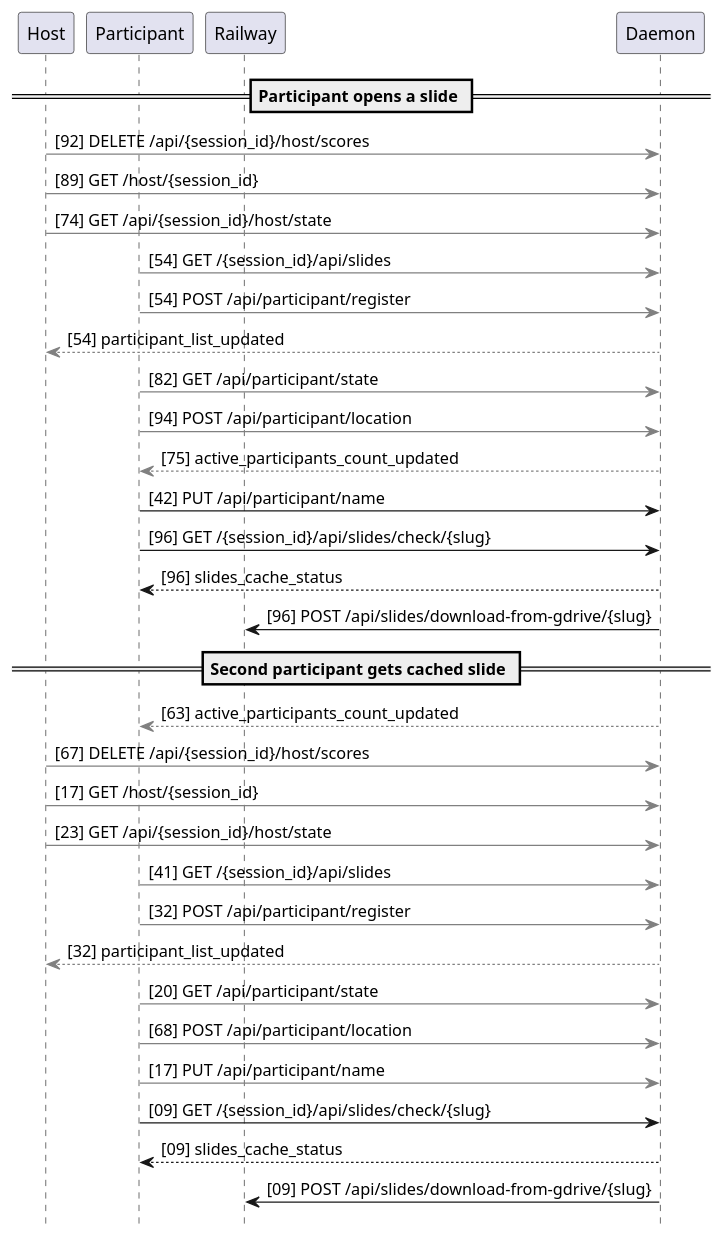
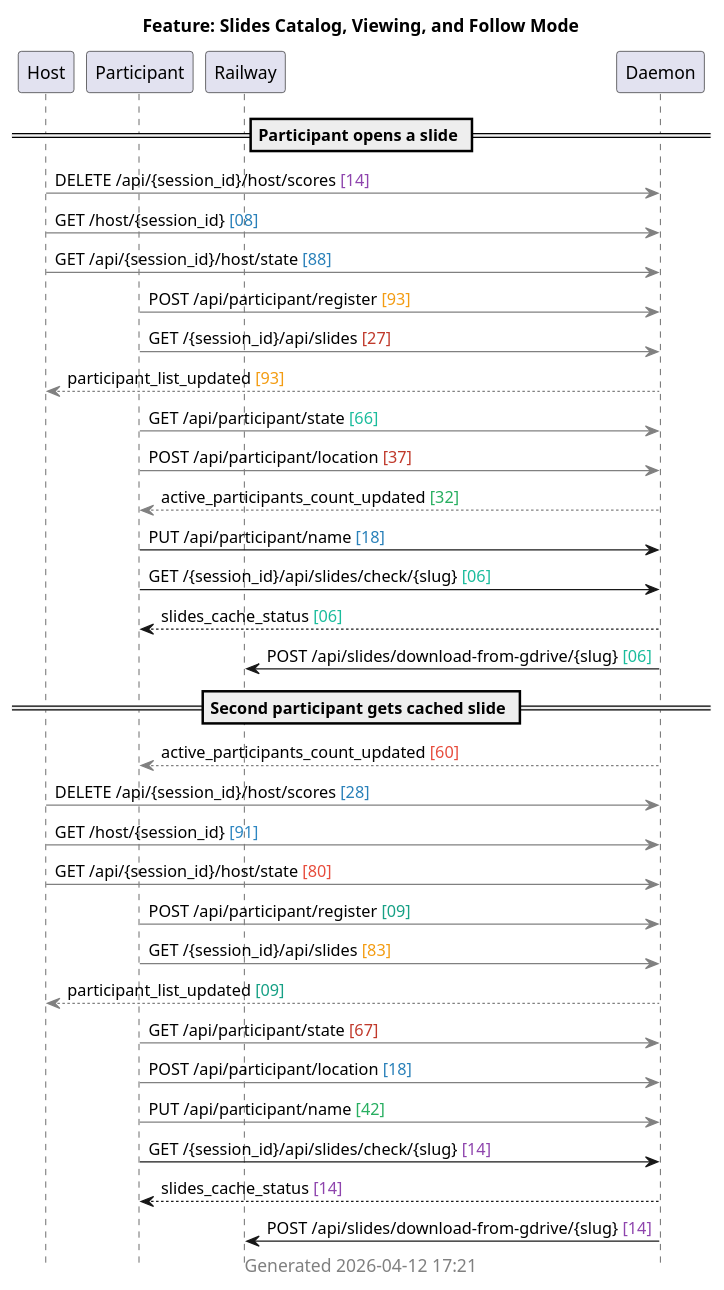
The diagram in docs/sequences/extracted/06-slides.puml (victorrentea/training-assistant), drawn with PlantUML before and after one commit. The commit also changed 1 other file, not shown here.

Commit message:
docs: regenerated slides sequence with colored trace hashes and local timestamp

```diff
--- a/docs/sequences/extracted/06-slides.puml
+++ b/docs/sequences/extracted/06-slides.puml
@@ -1,40 +1,42 @@
 @startuml
 hide footbox
+title Feature: Slides Catalog, Viewing, and Follow Mode
+caption <color:gray>Generated 2026-04-12 17:21</color>
 
 participant "Host"
 participant "Participant"
 participant "Railway"
 participant "Daemon"
 
 == Participant opens a slide ==
-"Host" [#gray]-> "Daemon": [92] DELETE /api/{session_id}/host/scores
-"Host" [#gray]-> "Daemon": [89] GET /host/{session_id}
-"Host" [#gray]-> "Daemon": [74] GET /api/{session_id}/host/state
-"Participant" [#gray]-> "Daemon": [54] GET /{session_id}/api/slides
-"Participant" [#gray]-> "Daemon": [54] POST /api/participant/register
-"Daemon" [#gray]--> "Host": [54] participant_list_updated
-"Participant" [#gray]-> "Daemon": [82] GET /api/participant/state
-"Participant" [#gray]-> "Daemon": [94] POST /api/participant/location
-"Daemon" [#gray]--> "Participant": [75] active_participants_count_updated
-"Participant" -> "Daemon": [42] PUT /api/participant/name
-"Participant" -> "Daemon": [96] GET /{session_id}/api/slides/check/{slug}
-"Daemon" --> "Participant": [96] slides_cache_status
-"Daemon" -> "Railway": [96] POST /api/slides/download-from-gdrive/{slug}
+"Host" [#gray]-> "Daemon": DELETE /api/{session_id}/host/scores <color:#8E44AD>[14]</color>
+"Host" [#gray]-> "Daemon": GET /host/{session_id} <color:#2980B9>[08]</color>
+"Host" [#gray]-> "Daemon": GET /api/{session_id}/host/state <color:#2980B9>[88]</color>
+"Participant" [#gray]-> "Daemon": POST /api/participant/register <color:#F39C12>[93]</color>
+"Participant" [#gray]-> "Daemon": GET /{session_id}/api/slides <color:#C0392B>[27]</color>
+"Daemon" [#gray]--> "Host": participant_list_updated <color:#F39C12>[93]</color>
+"Participant" [#gray]-> "Daemon": GET /api/participant/state <color:#1ABC9C>[66]</color>
+"Participant" [#gray]-> "Daemon": POST /api/participant/location <color:#C0392B>[37]</color>
+"Daemon" [#gray]--> "Participant": active_participants_count_updated <color:#27AE60>[32]</color>
+"Participant" -> "Daemon": PUT /api/participant/name <color:#2980B9>[18]</color>
+"Participant" -> "Daemon": GET /{session_id}/api/slides/check/{slug} <color:#1ABC9C>[06]</color>
+"Daemon" --> "Participant": slides_cache_status <color:#1ABC9C>[06]</color>
+"Daemon" -> "Railway": POST /api/slides/download-from-gdrive/{slug} <color:#1ABC9C>[06]</color>
 
 == Second participant gets cached slide ==
-"Daemon" [#gray]--> "Participant": [63] active_participants_count_updated
-"Host" [#gray]-> "Daemon": [67] DELETE /api/{session_id}/host/scores
-"Host" [#gray]-> "Daemon": [17] GET /host/{session_id}
-"Host" [#gray]-> "Daemon": [23] GET /api/{session_id}/host/state
-"Participant" [#gray]-> "Daemon": [41] GET /{session_id}/api/slides
-"Participant" [#gray]-> "Daemon": [32] POST /api/participant/register
-"Daemon" [#gray]--> "Host": [32] participant_list_updated
-"Participant" [#gray]-> "Daemon": [20] GET /api/participant/state
-"Participant" [#gray]-> "Daemon": [68] POST /api/participant/location
-"Participant" [#gray]-> "Daemon": [17] PUT /api/participant/name
-"Participant" -> "Daemon": [09] GET /{session_id}/api/slides/check/{slug}
-"Daemon" --> "Participant": [09] slides_cache_status
-"Daemon" -> "Railway": [09] POST /api/slides/download-from-gdrive/{slug}
+"Daemon" [#gray]--> "Participant": active_participants_count_updated <color:#E74C3C>[60]</color>
+"Host" [#gray]-> "Daemon": DELETE /api/{session_id}/host/scores <color:#2980B9>[28]</color>
+"Host" [#gray]-> "Daemon": GET /host/{session_id} <color:#2E86C1>[91]</color>
+"Host" [#gray]-> "Daemon": GET /api/{session_id}/host/state <color:#E74C3C>[80]</color>
+"Participant" [#gray]-> "Daemon": POST /api/participant/register <color:#16A085>[09]</color>
+"Participant" [#gray]-> "Daemon": GET /{session_id}/api/slides <color:#F39C12>[83]</color>
+"Daemon" [#gray]--> "Host": participant_list_updated <color:#16A085>[09]</color>
+"Participant" [#gray]-> "Daemon": GET /api/participant/state <color:#C0392B>[67]</color>
+"Participant" [#gray]-> "Daemon": POST /api/participant/location <color:#2980B9>[18]</color>
+"Participant" [#gray]-> "Daemon": PUT /api/participant/name <color:#27AE60>[42]</color>
+"Participant" -> "Daemon": GET /{session_id}/api/slides/check/{slug} <color:#8E44AD>[14]</color>
+"Daemon" --> "Participant": slides_cache_status <color:#8E44AD>[14]</color>
+"Daemon" -> "Railway": POST /api/slides/download-from-gdrive/{slug} <color:#8E44AD>[14]</color>
 
 
 @enduml
```
